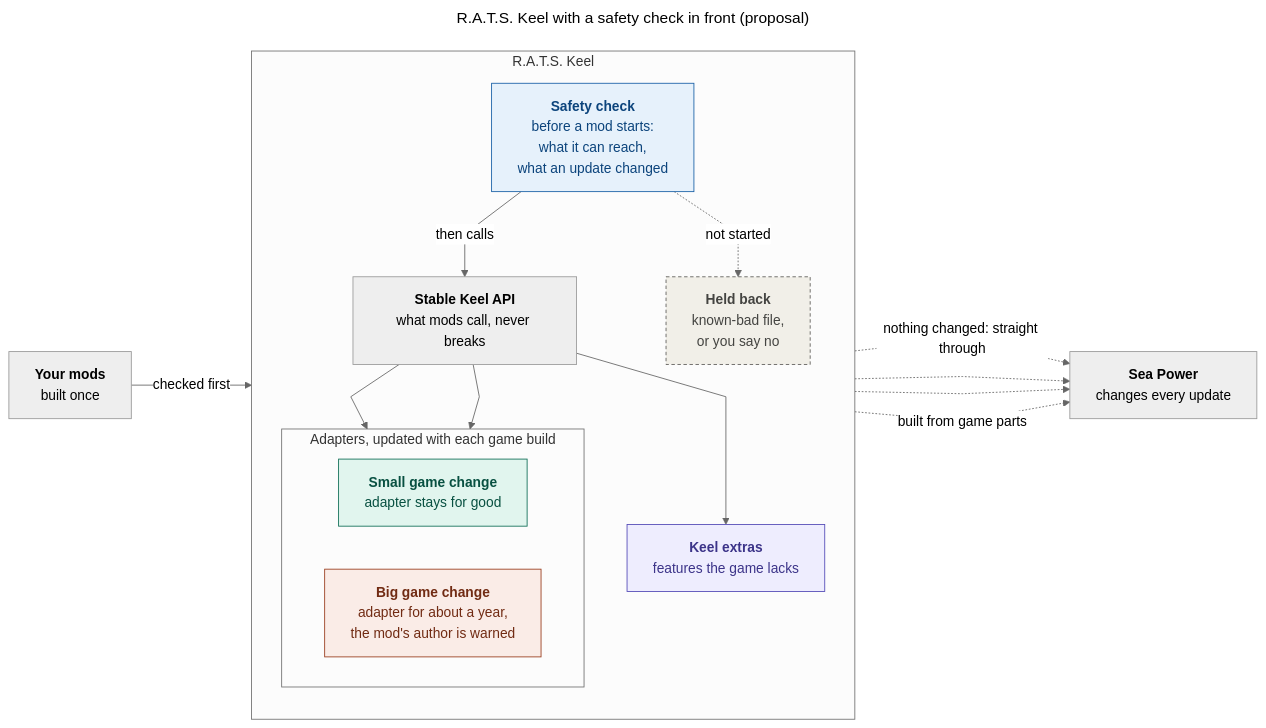
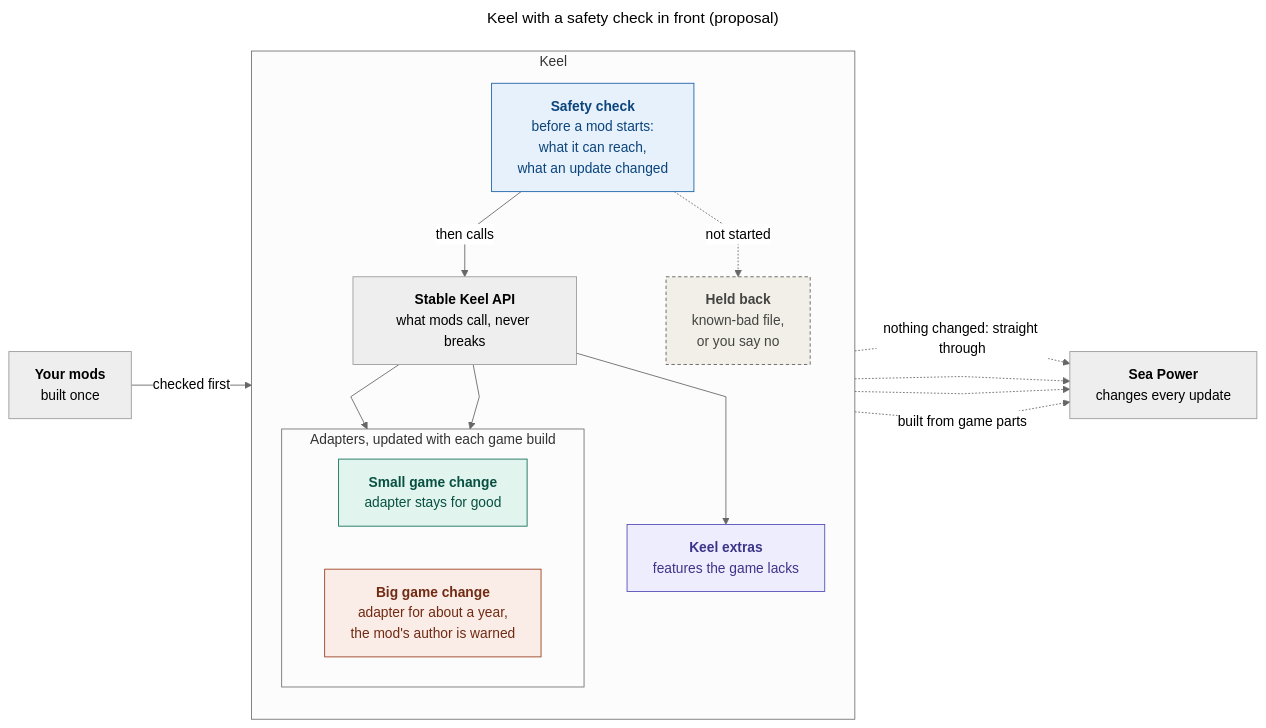
The diagram in docs/pre-analysis/safety-check.md (SEARATS/RatsSeaPowerKeel), drawn with Mermaid before and after one commit. The commit also changed 36 other files, not shown here.

````diff
--- a/docs/pre-analysis/safety-check.md
+++ b/docs/pre-analysis/safety-check.md
@@ -25,48 +25,48 @@
 ```mermaid
 ---
-title: R.A.T.S. Keel with a safety check in front (proposal)
+title: Keel with a safety check in front (proposal)
 config:
   theme: neutral
   flowchart:
     curve: linear
 ---
 flowchart LR
     Mod["<b>Your mods</b><br/>built once"]
 
-    subgraph Keel["R.A.T.S. Keel"]
+    subgraph Keel["Keel"]
         direction TB
         Safety["<b>Safety check</b><br/>before a mod starts:<br/>what it can reach,<br/>what an update changed"]
         Held["<b>Held back</b><br/>known-bad file,<br/>or you say no"]
         API["<b>Stable Keel API</b><br/>what mods call, never breaks"]
         subgraph Adapters["Adapters, updated with each game build"]
             direction LR
             Perm["<b>Small game change</b><br/>adapter stays for good"]
             Timed["<b>Big game change</b><br/>adapter for about a year,<br/>the mod's author is warned"]
         end
         Extras["<b>Keel extras</b><br/>features the game lacks"]
         Safety -- "then calls" --> API
         Safety -. "not started" .-> Held
         API --> Perm
         API --> Timed
         API --> Extras
     end
 
     Game["<b>Sea Power</b><br/>changes every update"]
 
     Mod -- "checked first" --> Safety
     API -. "nothing changed: straight through" .-> Game
     Perm -.-> Game
     Timed -.-> Game
     Extras -. "built from game parts" .-> Game
 
     classDef safety fill:#E6F1FB,stroke:#185FA5,color:#0C447C
     classDef held fill:#F1EFE8,stroke:#5F5E5A,color:#444441,stroke-dasharray:4 3
     classDef perm fill:#E1F5EE,stroke:#0F6E56,color:#085041
     classDef timed fill:#FAECE7,stroke:#993C1D,color:#712B13
     classDef extra fill:#EEEDFE,stroke:#534AB7,color:#3C3489
     class Safety safety
     class Held held
     class Perm perm
     class Timed timed
     class Extras extra
 ```
````
